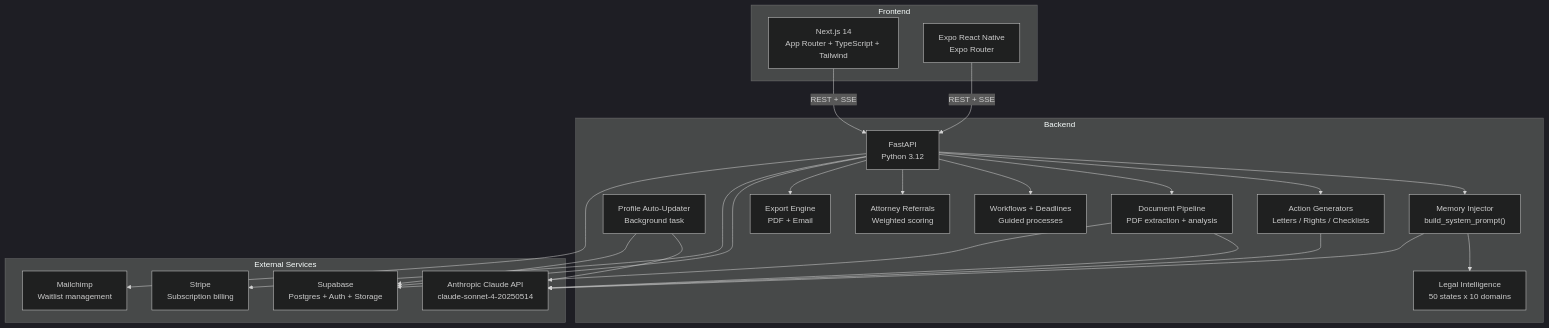
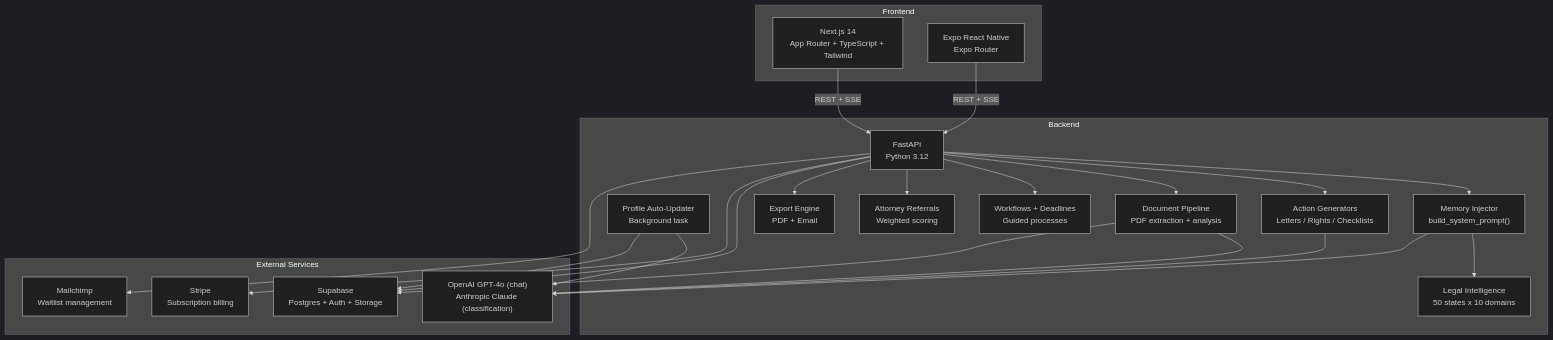
One commit to tylerm2407/Legalassistant changed the second of 2 diagrams in README.md. Above: the diagram before and after it, drawn with Mermaid (dark theme). The commit also changed other lines of this file and 17 other files, not shown here.

````diff
--- a/README.md
+++ b/README.md
@@ -84,45 +85,45 @@
 ```mermaid
 graph TB
     subgraph "Frontend"
         WEB["Next.js 14\nApp Router + TypeScript + Tailwind"]
         MOBILE["Expo React Native\nExpo Router"]
     end
 
     subgraph "Backend"
         API["FastAPI\nPython 3.12"]
         MEM["Memory Injector\nbuild_system_prompt()"]
         UPD["Profile Auto-Updater\nBackground task"]
         LEG["Legal Intelligence\n50 states x 10 domains"]
         ACT["Action Generators\nLetters / Rights / Checklists"]
         DOC["Document Pipeline\nPDF extraction + analysis"]
         WF["Workflows + Deadlines\nGuided processes"]
         REF["Attorney Referrals\nWeighted scoring"]
         EXP["Export Engine\nPDF + Email"]
     end
 
     subgraph "External Services"
-        CLAUDE["Anthropic Claude API\nclaude-sonnet-4-20250514"]
+        CLAUDE["OpenAI GPT-4o (chat)\nAnthropic Claude (classification)"]
         SUPA["Supabase\nPostgres + Auth + Storage"]
         STRIPE["Stripe\nSubscription billing"]
         MC["Mailchimp\nWaitlist management"]
     end
 
     WEB -->|"REST + SSE"| API
     MOBILE -->|"REST + SSE"| API
     API --> MEM
     API --> ACT
     API --> DOC
     API --> WF
     API --> REF
     API --> EXP
     MEM --> LEG
     MEM --> CLAUDE
     UPD --> CLAUDE
     DOC --> CLAUDE
     ACT --> CLAUDE
     API --> SUPA
     UPD --> SUPA
     DOC --> SUPA
     API --> STRIPE
     API --> MC
 ```
````
